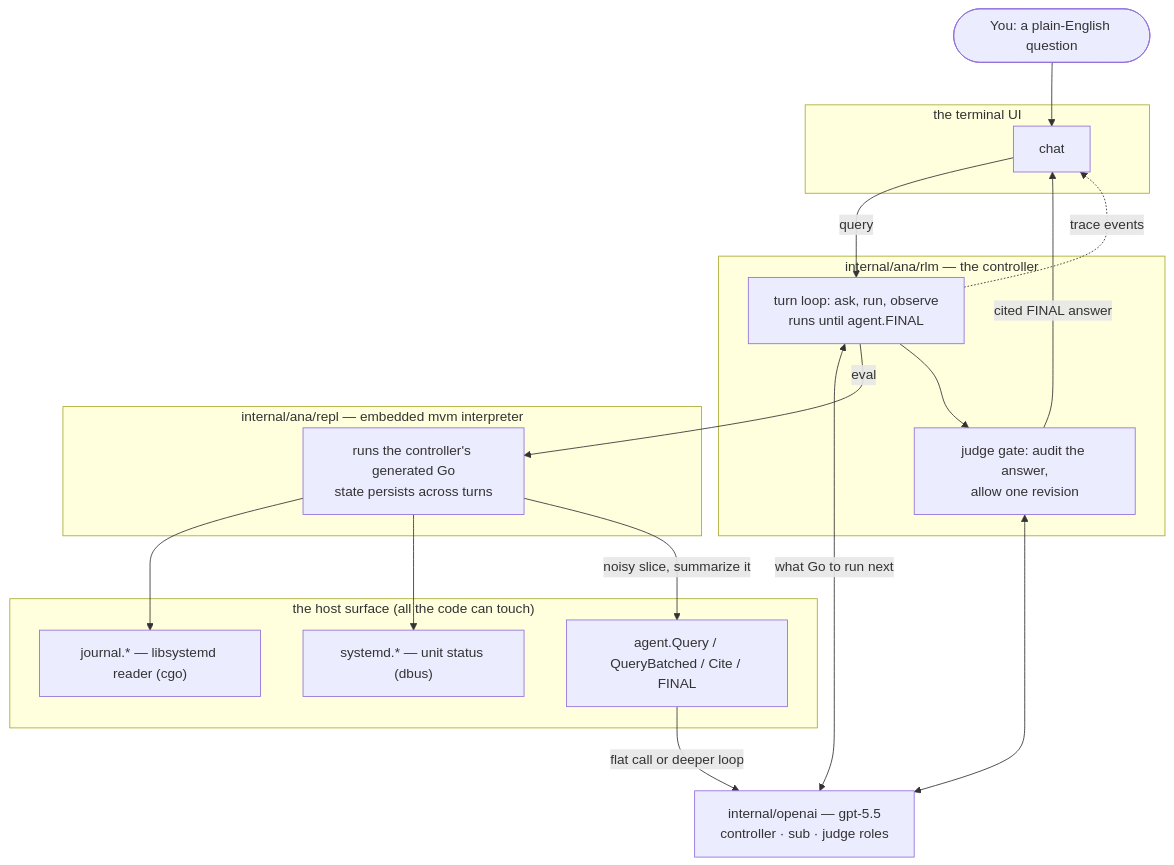
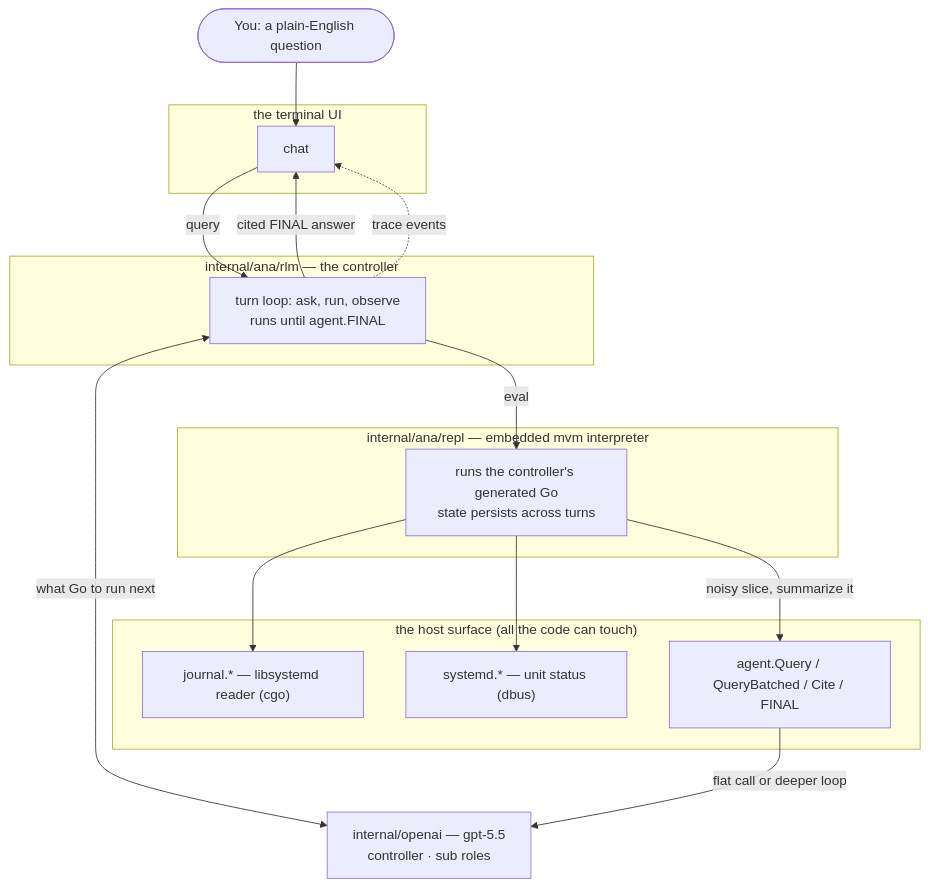
Before and after one commit to omarluq/anamnesis: the first of 3 diagrams in README.md, drawn with Mermaid. The commit also changed other lines of this file and 57 other files, not shown here.

````diff
--- a/README.md
+++ b/README.md
@@ -71,37 +71,34 @@
 ```mermaid
 flowchart TB
     user([You: a plain-English question])
 
     subgraph tui["the terminal UI"]
         shell["chat"]
     end
 
     subgraph ctl["internal/ana/rlm — the controller"]
         loop["turn loop: ask, run, observe<br/>runs until agent.FINAL"]
-        judge["judge gate: audit the answer,<br/>allow one revision"]
     end
 
     subgraph repl["internal/ana/repl — embedded mvm interpreter"]
         interp["runs the controller's generated Go<br/>state persists across turns"]
     end
 
     subgraph host["the host surface (all the code can touch)"]
         journal["journal.* — libsystemd reader (cgo)"]
         systemd["systemd.* — unit status (dbus)"]
         agent["agent.Query / QueryBatched / Cite / FINAL"]
     end
 
-    model["internal/openai — gpt-5.5<br/>controller · sub · judge roles"]
+    model["internal/openai — gpt-5.5<br/>controller · sub roles"]
 
     user --> shell
     shell -->|query| loop
     loop <-->|"what Go to run next"| model
     loop -->|eval| interp
     interp --> journal & systemd
     interp -->|"noisy slice, summarize it"| agent
     agent -->|"flat call or deeper loop"| model
-    loop --> judge
-    judge <--> model
-    judge -->|cited FINAL answer| shell
+    loop -->|cited FINAL answer| shell
     loop -.->|trace events| shell
 ```
````
